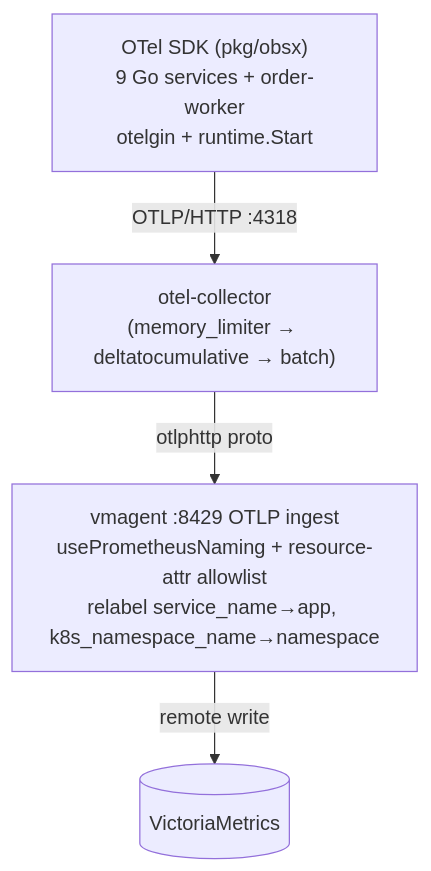
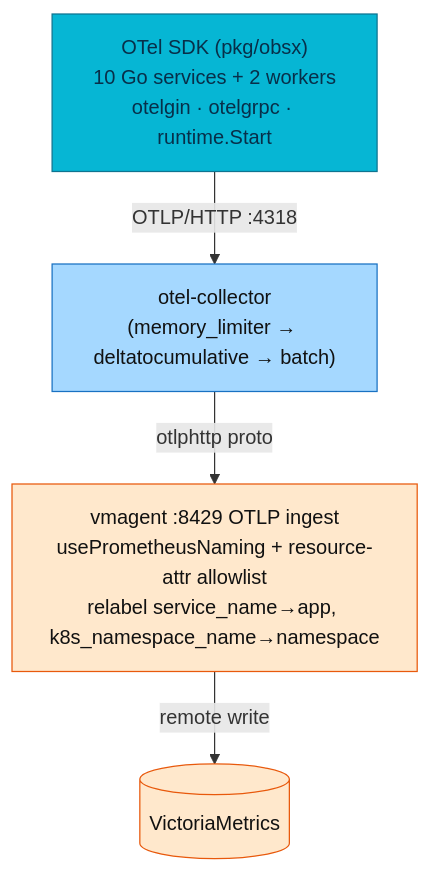
One commit to duynhlab/homelab changed the second of 2 diagrams in docs/observability/metrics/metrics-apps.md. Above: the diagram before and after it, drawn with Mermaid. The commit also changed other lines of this file and 33 other files, not shown here.

First line of the commit message:
Refresh observability diagrams (#516)

````diff
--- a/docs/observability/metrics/metrics-apps.md
+++ b/docs/observability/metrics/metrics-apps.md
@@ -149,6 +153,19 @@
 ```mermaid
 flowchart TD
-    SDK["OTel SDK (pkg/obsx)<br/>9 Go services + order-worker<br/>otelgin + runtime.Start"] -->|"OTLP/HTTP :4318"| COL["otel-collector<br/>(memory_limiter → deltatocumulative → batch)"]
+    SDK["OTel SDK (pkg/obsx)<br/>10 Go services + 2 workers<br/>otelgin · otelgrpc · runtime.Start"] -->|"OTLP/HTTP :4318"| COL["otel-collector<br/>(memory_limiter → deltatocumulative → batch)"]
     COL -->|"otlphttp proto"| VMA["vmagent :8429 OTLP ingest<br/>usePrometheusNaming + resource-attr allowlist<br/>relabel service_name→app, k8s_namespace_name→namespace"]
     VMA -->|remote write| VMS[("VictoriaMetrics")]
+
+    classDef service fill:#06b6d4,color:#082f49,stroke:#0e7490;
+    classDef edge fill:#2563eb,color:#fff,stroke:#1e3a8a;
+    classDef platform fill:#7c3aed,color:#fff,stroke:#5b21b6;
+    classDef external fill:#64748b,color:#fff,stroke:#334155;
+    classDef data fill:#22c55e,color:#052e16,stroke:#15803d;
+    classDef metric fill:#ffe8cc,color:#111,stroke:#e8590c;
+    classDef log fill:#d3f9d8,color:#111,stroke:#2f9e44;
+    classDef trace fill:#c5f6fa,color:#111,stroke:#0c8599;
+    classDef collector fill:#a5d8ff,color:#111,stroke:#1971c2;
+    class SDK service;
+    class COL collector;
+    class VMA,VMS metric;
 ```
````
